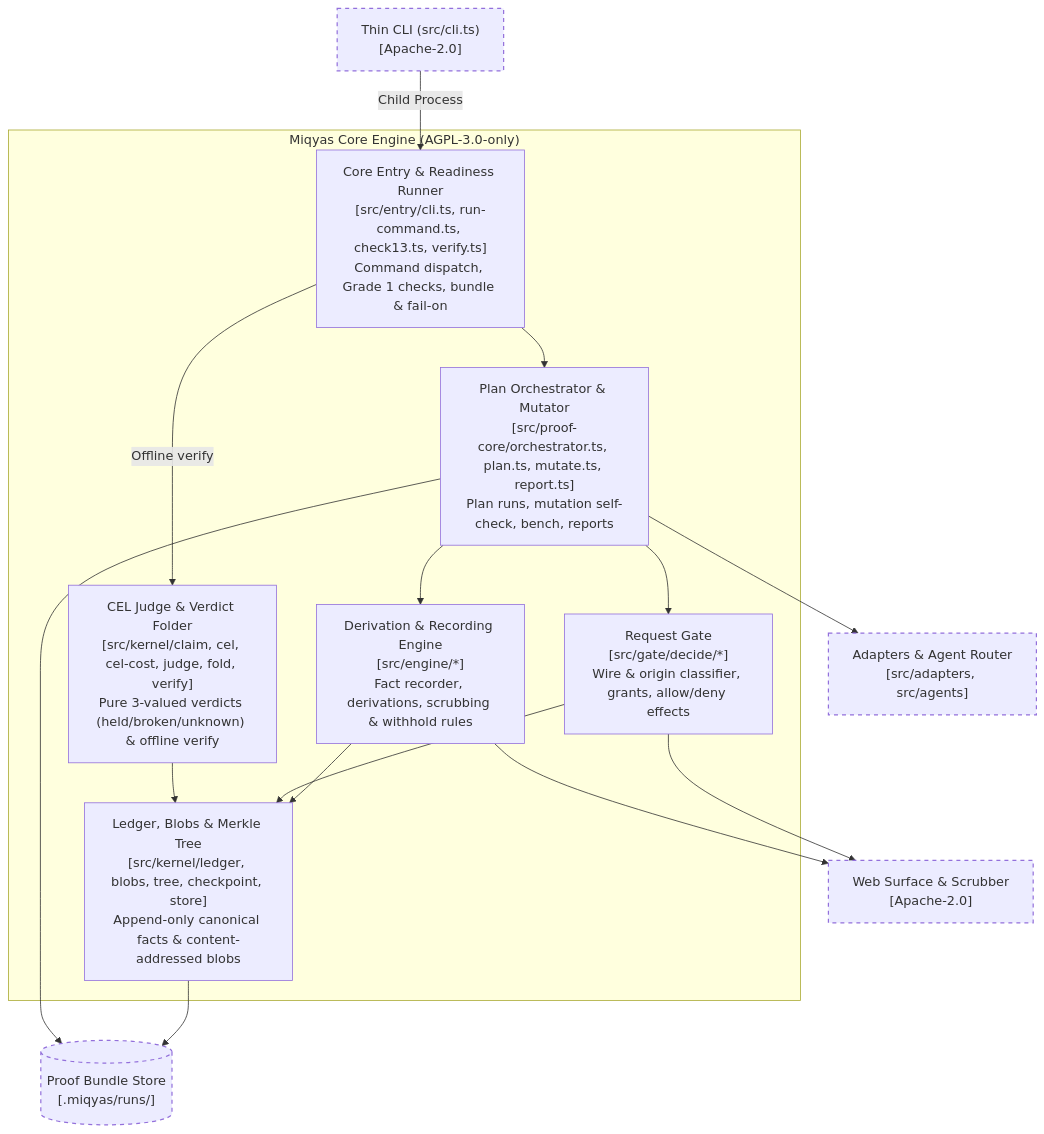
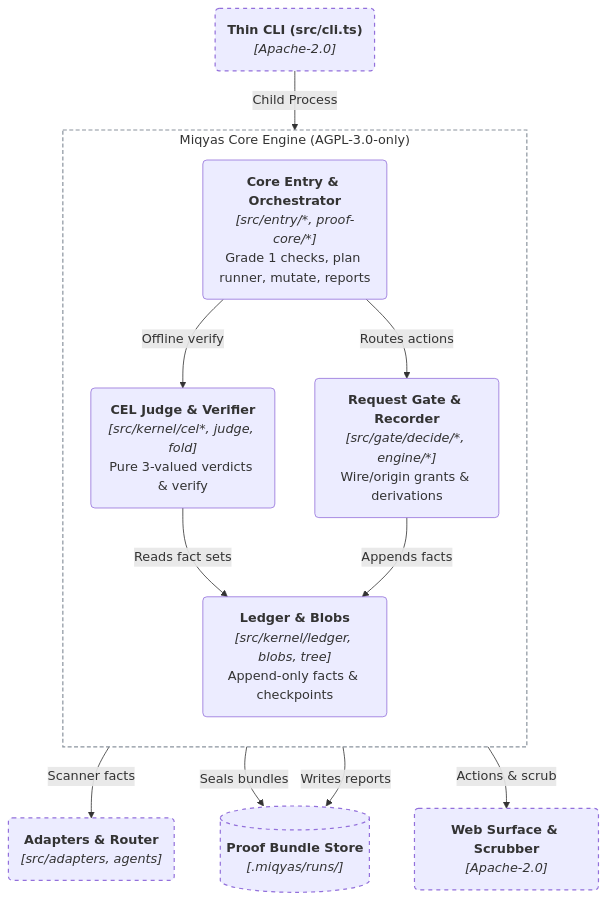
The fourth of 4 diagrams in README.md (Ahmad-AlModhayan/miqyas), drawn with Mermaid before and after one commit. The commit also changed other lines of this file, not shown here.

First line of the commit message:
docs(readme): refine C4 + UML layout, arrow routing, and sequence syntax

````diff
--- a/README.md
+++ b/README.md
@@ -172,33 +180,29 @@
 ```mermaid
 flowchart TB
-    cli["Thin CLI (src/cli.ts)<br/>[Apache-2.0]"]:::ext
-    surf["Web Surface & Scrubber<br/>[Apache-2.0]"]:::ext
-    adap["Adapters & Agent Router<br/>[src/adapters, src/agents]"]:::ext
+    cli("<b>Thin CLI (src/cli.ts)</b><br/><i>[Apache-2.0]</i>"):::ext
 
     subgraph core_c["Miqyas Core Engine (AGPL-3.0-only)"]
-        entry["Core Entry & Readiness Runner<br/>[src/entry/cli.ts, run-command.ts, check13.ts, verify.ts]<br/>Command dispatch, Grade 1 checks, bundle & fail-on"]
-        orch["Plan Orchestrator & Mutator<br/>[src/proof-core/orchestrator.ts, plan.ts, mutate.ts, report.ts]<br/>Plan runs, mutation self-check, bench, reports"]
-        gate_c["Request Gate<br/>[src/gate/decide/*]<br/>Wire & origin classifier, grants, allow/deny effects"]
-        eng_c["Derivation & Recording Engine<br/>[src/engine/*]<br/>Fact recorder, derivations, scrubbing & withhold rules"]
-        ledger["Ledger, Blobs & Merkle Tree<br/>[src/kernel/ledger, blobs, tree, checkpoint, store]<br/>Append-only canonical facts & content-addressed blobs"]
-        judge["CEL Judge & Verdict Folder<br/>[src/kernel/claim, cel, cel-cost, judge, fold, verify]<br/>Pure 3-valued verdicts (held/broken/unknown) & offline verify"]
+        direction TB
+        entry("<b>Core Entry &amp; Orchestrator</b><br/><i>[src/entry/*, proof-core/*]</i><br/>Grade 1 checks, plan runner, mutate, reports")
+        judge("<b>CEL Judge &amp; Verifier</b><br/><i>[src/kernel/cel*, judge, fold]</i><br/>Pure 3-valued verdicts &amp; verify")
+        ledger("<b>Ledger &amp; Blobs</b><br/><i>[src/kernel/ledger, blobs, tree]</i><br/>Append-only facts &amp; checkpoints")
+        gate_eng("<b>Request Gate &amp; Recorder</b><br/><i>[src/gate/decide/*, engine/*]</i><br/>Wire/origin grants &amp; derivations")
     end
 
-    store[("Proof Bundle Store<br/>[.miqyas/runs/]")]:::ext
+    store[("<b>Proof Bundle Store</b><br/><i>[.miqyas/runs/]</i>")]:::ext
+    surf("<b>Web Surface &amp; Scrubber</b><br/><i>[Apache-2.0]</i>"):::ext
+    adap("<b>Adapters &amp; Router</b><br/><i>[src/adapters, agents]</i>"):::ext
 
     cli -->|"Child Process"| entry
-    entry --> orch
     entry -->|"Offline verify"| judge
-    orch --> gate_c
-    orch --> eng_c
-    orch --> adap
-    gate_c --> surf
-    eng_c --> surf
-    eng_c --> ledger
-    gate_c --> ledger
-    judge --> ledger
-    ledger --> store
-    orch --> store
+    entry -->|"Routes actions"| gate_eng
+    entry -->|"Scanner facts"| adap
+    judge -->|"Reads fact sets"| ledger
+    gate_eng -->|"Appends facts"| ledger
+    ledger -->|"Seals bundles"| store
+    entry -->|"Writes reports"| store
+    gate_eng -->|"Actions &amp; scrub"| surf
 
-    classDef ext stroke-dasharray: 5 5,stroke-width:1.5px;
+    style core_c fill:none,stroke:#8b949e,stroke-width:1.5px,stroke-dasharray:5 3
+    classDef ext stroke-dasharray:5 5,stroke-width:1.5px;
 ```
````
